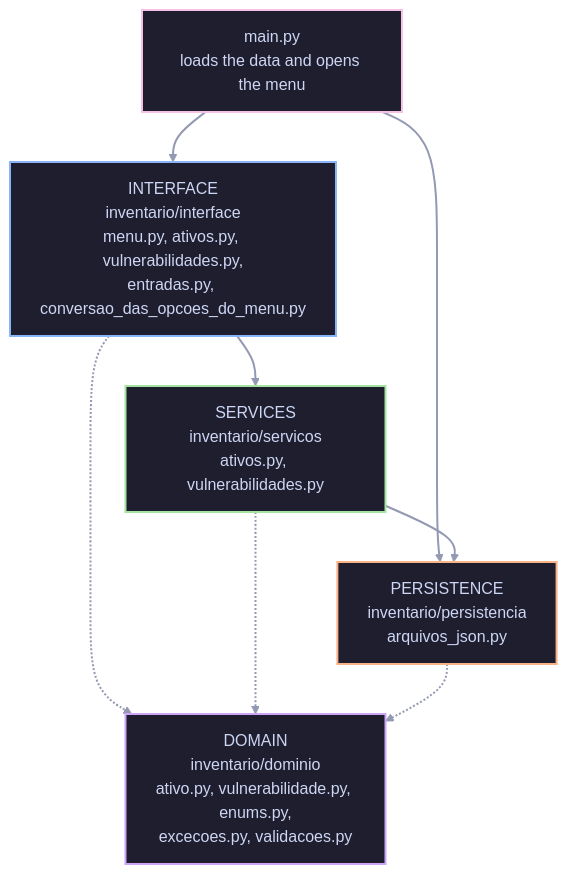
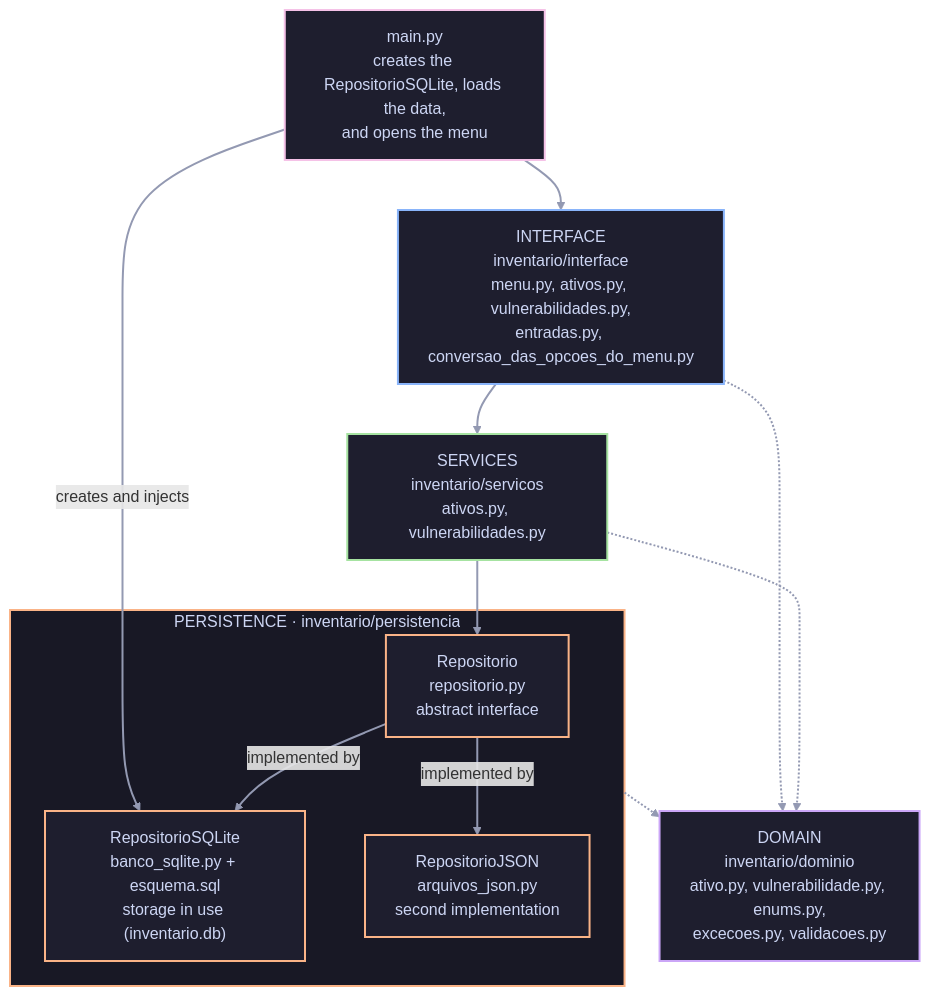
Before and after one commit to cadulugaresi/trab02_2026_2_12621cbs211: the diagram in README.md, drawn with Mermaid. The commit also changed other lines of this file and 1 other file, not shown here.

Commit message:
docs: atualiza os READMEs com o repositório SQLite e a suíte de contrato

````diff
--- a/README.md
+++ b/README.md
@@ -56,30 +58,37 @@
 ```mermaid
 flowchart TD
-    main["main.py<br/>loads the data and opens the menu"]
+    main["main.py<br/>creates the RepositorioSQLite, loads the data,<br/>and opens the menu"]
     interface["INTERFACE<br/>inventario/interface<br/>menu.py, ativos.py, vulnerabilidades.py,<br/>entradas.py, conversao_das_opcoes_do_menu.py"]
     servicos["SERVICES<br/>inventario/servicos<br/>ativos.py, vulnerabilidades.py"]
-    persistencia["PERSISTENCE<br/>inventario/persistencia<br/>arquivos_json.py"]
+    subgraph persistencia["PERSISTENCE · inventario/persistencia"]
+        repositorio["Repositorio<br/>repositorio.py<br/>abstract interface"]
+        repositorioSQLite["RepositorioSQLite<br/>banco_sqlite.py + esquema.sql<br/>storage in use (inventario.db)"]
+        repositorioJSON["RepositorioJSON<br/>arquivos_json.py<br/>second implementation"]
+    end
     dominio["DOMAIN<br/>inventario/dominio<br/>ativo.py, vulnerabilidade.py, enums.py,<br/>excecoes.py, validacoes.py"]
 
     main --> interface
-    main --> persistencia
+    main -->|creates and injects| repositorioSQLite
     interface --> servicos
-    servicos --> persistencia
+    servicos --> repositorio
+    repositorio -->|implemented by| repositorioSQLite
+    repositorio -->|implemented by| repositorioJSON
     interface -.-> dominio
     servicos -.-> dominio
     persistencia -.-> dominio
 
     classDef corMain fill:#1e1e2e,stroke:#f5c2e7,stroke-width:2px,color:#cdd6f4
     classDef corInterface fill:#1e1e2e,stroke:#89b4fa,stroke-width:2px,color:#cdd6f4
     classDef corServicos fill:#1e1e2e,stroke:#a6e3a1,stroke-width:2px,color:#cdd6f4
     classDef corPersistencia fill:#1e1e2e,stroke:#fab387,stroke-width:2px,color:#cdd6f4
     classDef corDominio fill:#1e1e2e,stroke:#cba6f7,stroke-width:2px,color:#cdd6f4
 
     class main corMain
     class interface corInterface
     class servicos corServicos
-    class persistencia corPersistencia
+    class repositorio,repositorioSQLite,repositorioJSON corPersistencia
     class dominio corDominio
+    style persistencia fill:#181825,stroke:#fab387,stroke-width:2px,color:#cdd6f4
 
     linkStyle default stroke:#9399b2,stroke-width:2px
 ```
````
